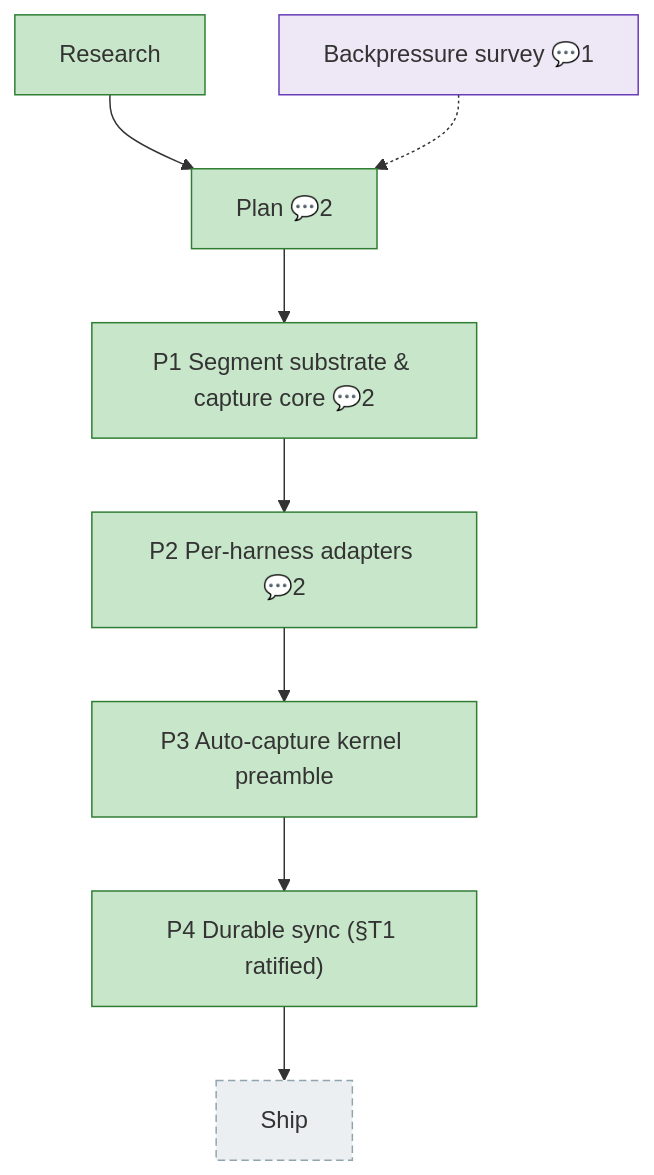
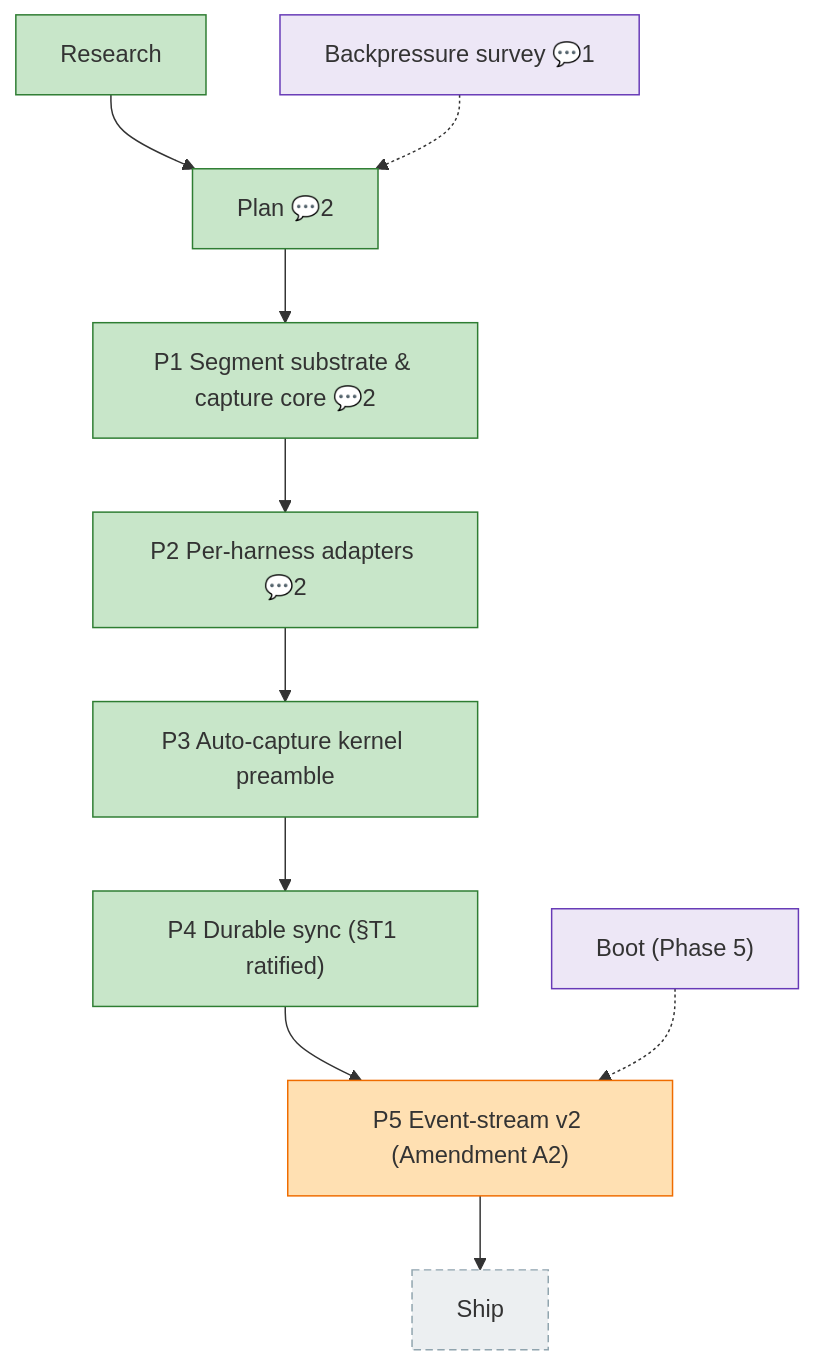
One commit to AI-Substrate/harness-engineering changed the diagram in docs/plans/034-harness-telemetry-collection/the-flow.md. Above: the diagram before and after it, drawn with Mermaid. The commit also changed other lines of this file and 11 other files, not shown here.

First line of the commit message:
feat(telemetry): segment v2.0 event stream + rollup engine (Phase 5 T5.1-5.3)

````diff
--- a/docs/plans/034-harness-telemetry-collection/the-flow.md
+++ b/docs/plans/034-harness-telemetry-collection/the-flow.md
@@ -8,33 +8,37 @@
 ```mermaid
 flowchart TD
     ship["Ship"]:::assumed
     plan["Plan 💬2"]:::done
     research["Research"]:::done
     phase_1["P1 Segment substrate & capture core 💬2"]:::done
     phase_2["P2 Per-harness adapters 💬2"]:::done
     phase_3["P3 Auto-capture kernel preamble"]:::done
     phase_4["P4 Durable sync (§T1 ratified)"]:::done
+    phase_5["P5 Event-stream v2 (Amendment A2)"]:::wip
 
     plan --> phase_1
     research --> plan
     phase_1 --> phase_2
     phase_2 --> phase_3
     phase_3 --> phase_4
-    phase_4 --> ship
+    phase_4 --> phase_5
+    phase_5 --> ship
 
     backpressure["Backpressure survey 💬1"]:::harness
+    harness_boot_p5["Boot (Phase 5)"]:::harness
     backpressure -.-> plan
+    harness_boot_p5 -.-> phase_5
 
     classDef done fill:#C8E6C9,stroke:#2E7D32;
     classDef wip fill:#FFE0B2,stroke:#EF6C00;
     classDef blocked fill:#FFCDD2,stroke:#C62828;
     classDef known fill:#BBDEFB,stroke:#1565C0;
     classDef assumed fill:#ECEFF1,stroke:#90A4AE,stroke-dasharray:5 3;
     classDef said fill:#FFF9C4,stroke:#F9A825;
     classDef harness fill:#EDE7F6,stroke:#673AB7;
     classDef decision fill:#FFF3E0,stroke:#FB8C00,stroke-dasharray:2 2;
     classDef companion fill:#D1C4E9,stroke:#5E35B1;
     classDef worker fill:#B2DFDB,stroke:#00897B;
     classDef chore fill:#E0F2F1,stroke:#00897B,stroke-dasharray:3 2;
     classDef unknown fill:#FAFAFA,stroke:#BDBDBD,stroke-dasharray:1 4;
 ```
````
